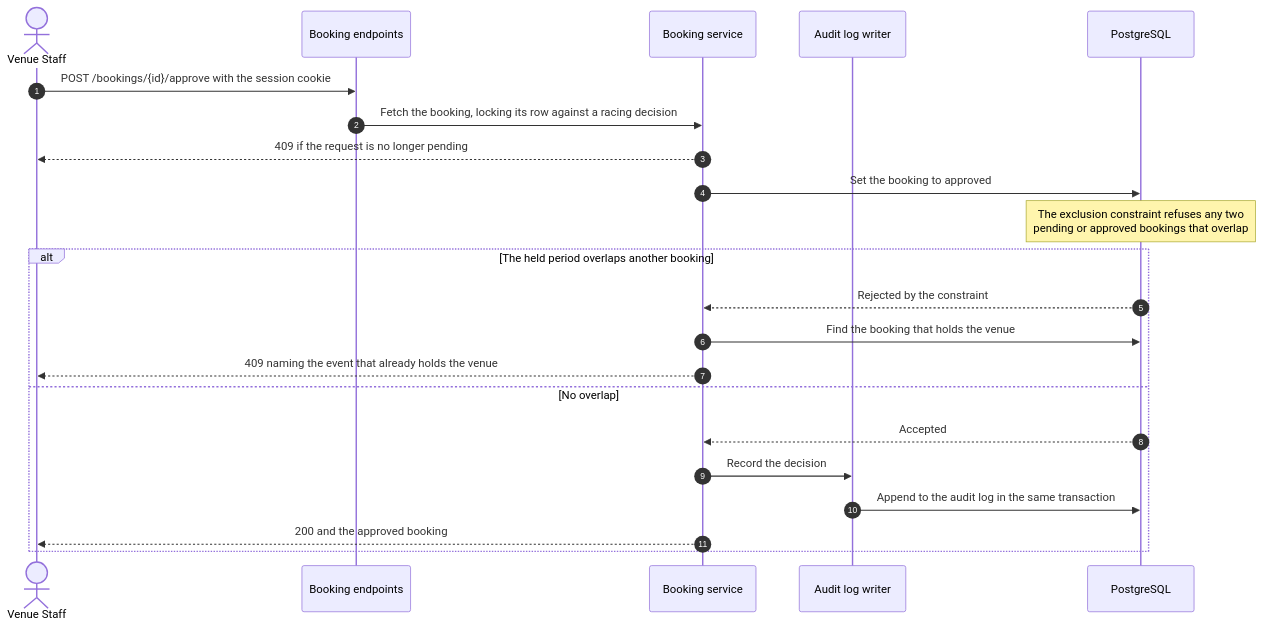
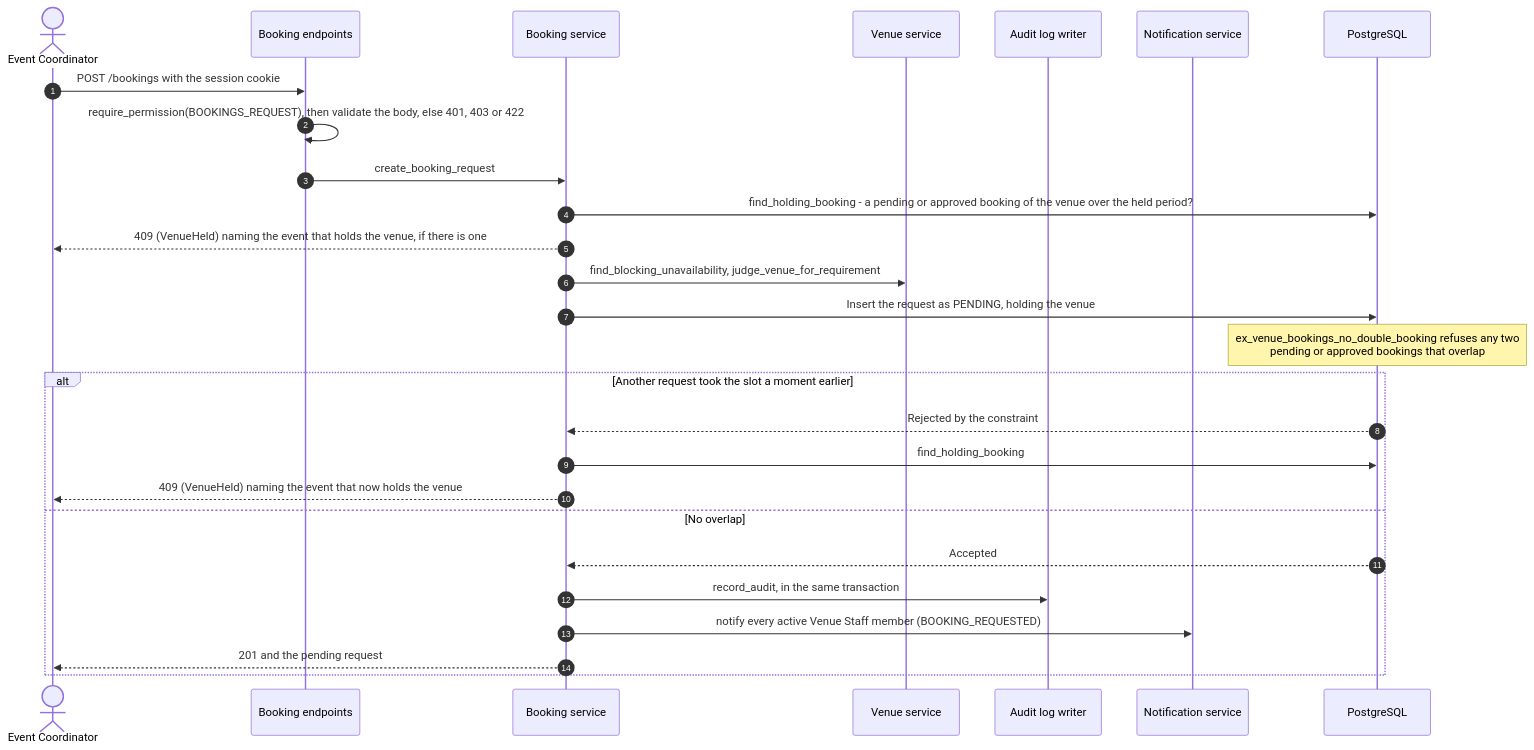
Before and after one commit to mecmk/SPM-G5: the eighth of 9 diagrams in docs/C4_MODEL.md, drawn with Mermaid. The commit also changed other lines of this file and 10 other files, not shown here.

````diff
--- a/docs/C4_MODEL.md
+++ b/docs/C4_MODEL.md
@@ -278,25 +384,30 @@
 ```mermaid
 sequenceDiagram
     autonumber
-    actor VS as Venue Staff
+    actor EC as Event Coordinator
     participant R as Booking endpoints
     participant S as Booking service
+    participant V as Venue service
     participant AU as Audit log writer
+    participant N as Notification service
     participant DB as PostgreSQL
 
-    VS->>R: POST /bookings/{id}/approve with the session cookie
-    R->>S: Fetch the booking, locking its row against a racing decision
-    S-->>VS: 409 if the request is no longer pending
-    S->>DB: Set the booking to approved
-    Note over DB: The exclusion constraint refuses any two<br/>pending or approved bookings that overlap
-    alt The held period overlaps another booking
+    EC->>R: POST /bookings with the session cookie
+    R->>R: require_permission(BOOKINGS_REQUEST), then validate the body, else 401, 403 or 422
+    R->>S: create_booking_request
+    S->>DB: find_holding_booking - a pending or approved booking of the venue over the held period?
+    S-->>EC: 409 (VenueHeld) naming the event that holds the venue, if there is one
+    S->>V: find_blocking_unavailability, judge_venue_for_requirement
+    S->>DB: Insert the request as PENDING, holding the venue
+    Note over DB: ex_venue_bookings_no_double_booking refuses any two<br/>pending or approved bookings that overlap
+    alt Another request took the slot a moment earlier
         DB-->>S: Rejected by the constraint
-        S->>DB: Find the booking that holds the venue
-        S-->>VS: 409 naming the event that already holds the venue
+        S->>DB: find_holding_booking
+        S-->>EC: 409 (VenueHeld) naming the event that now holds the venue
     else No overlap
         DB-->>S: Accepted
-        S->>AU: Record the decision
-        AU->>DB: Append to the audit log in the same transaction
-        S-->>VS: 200 and the approved booking
+        S->>AU: record_audit, in the same transaction
+        S->>N: notify every active Venue Staff member (BOOKING_REQUESTED)
+        S-->>EC: 201 and the pending request
     end
 ```
````
